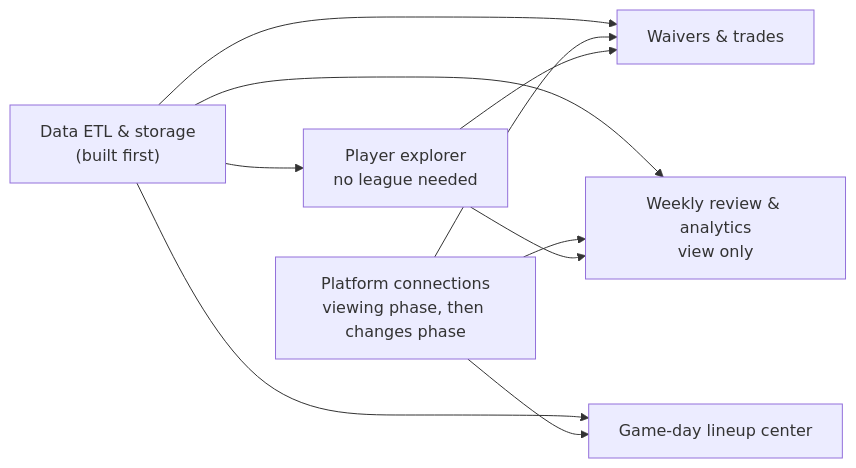
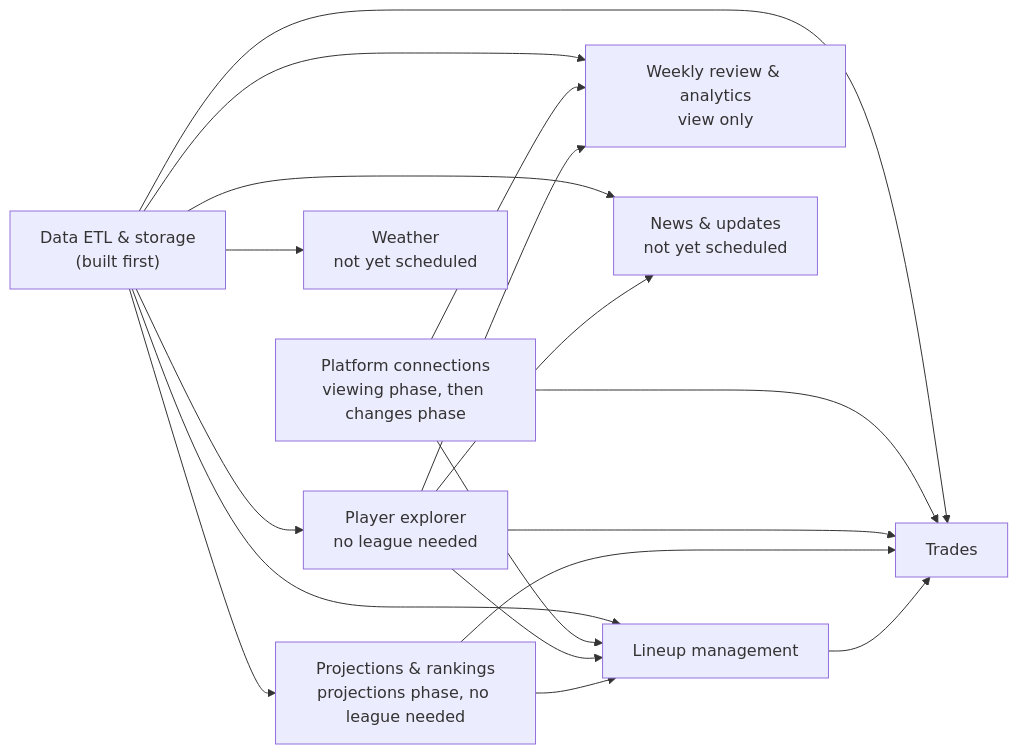
Before and after one commit to willsanchez86/runpure-ff-planning: the diagram in prds/00-overview.md, drawn with Mermaid. The commit also changed other lines of this file and 33 other files, not shown here.

````diff
--- a/prds/00-overview.md
+++ b/prds/00-overview.md
@@ -25,18 +36,29 @@
 ```mermaid
 flowchart LR
   etl["Data ETL & storage<br/>(built first)"]
   pc["Platform connections<br/>viewing phase, then changes phase"]
   pe["Player explorer<br/>no league needed"]
-  gd["Game-day lineup center"]
-  wt["Waivers & trades"]
+  pr["Projections & rankings<br/>projections phase, no league needed"]
+  lm["Lineup management"]
+  tr["Trades"]
   wr["Weekly review & analytics<br/>view only"]
+  news["News & updates<br/>not yet scheduled"]
+  wx["Weather<br/>not yet scheduled"]
   etl --> pe
-  etl --> gd
-  etl --> wt
+  etl --> pr
+  etl --> lm
+  etl --> tr
   etl --> wr
-  pc --> gd
-  pc --> wt
+  etl --> news
+  etl --> wx
+  pc --> lm
+  pc --> tr
   pc --> wr
-  pe --> wt
+  pe --> lm
+  pe --> tr
   pe --> wr
+  pe --> news
+  pr --> lm
+  pr --> tr
+  lm --> tr
 ```
````
